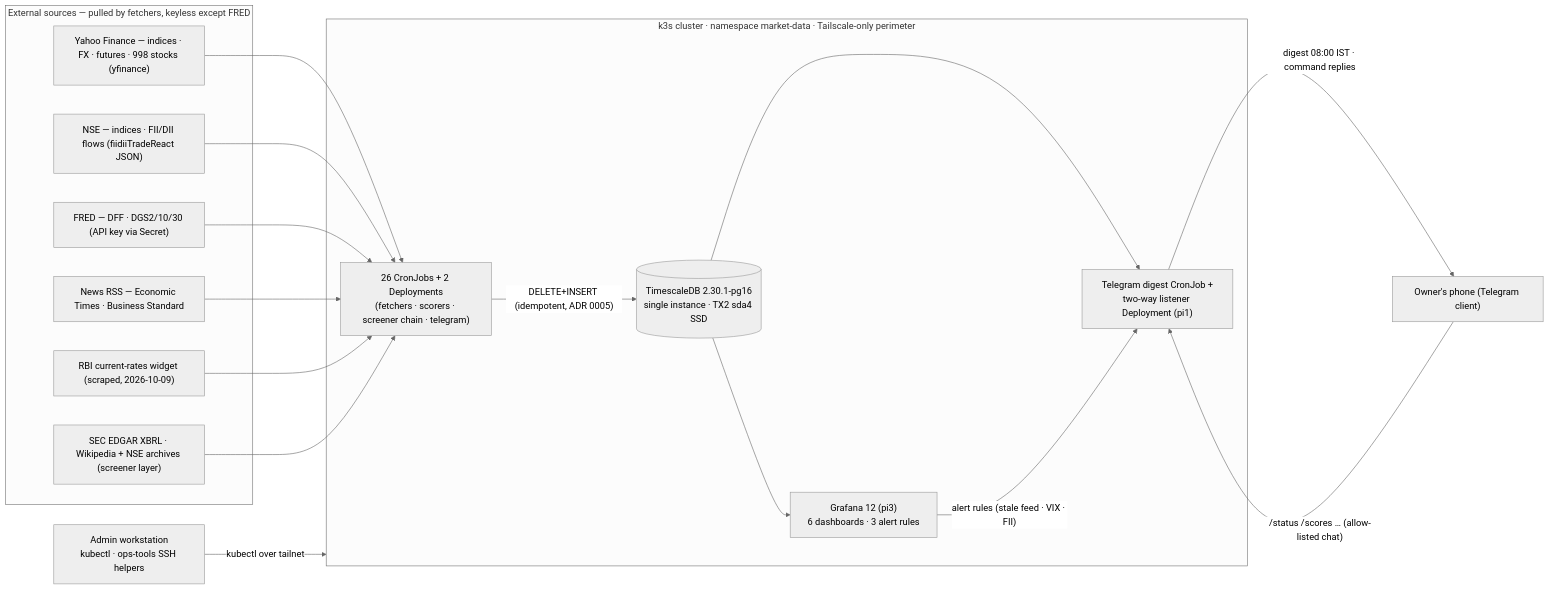
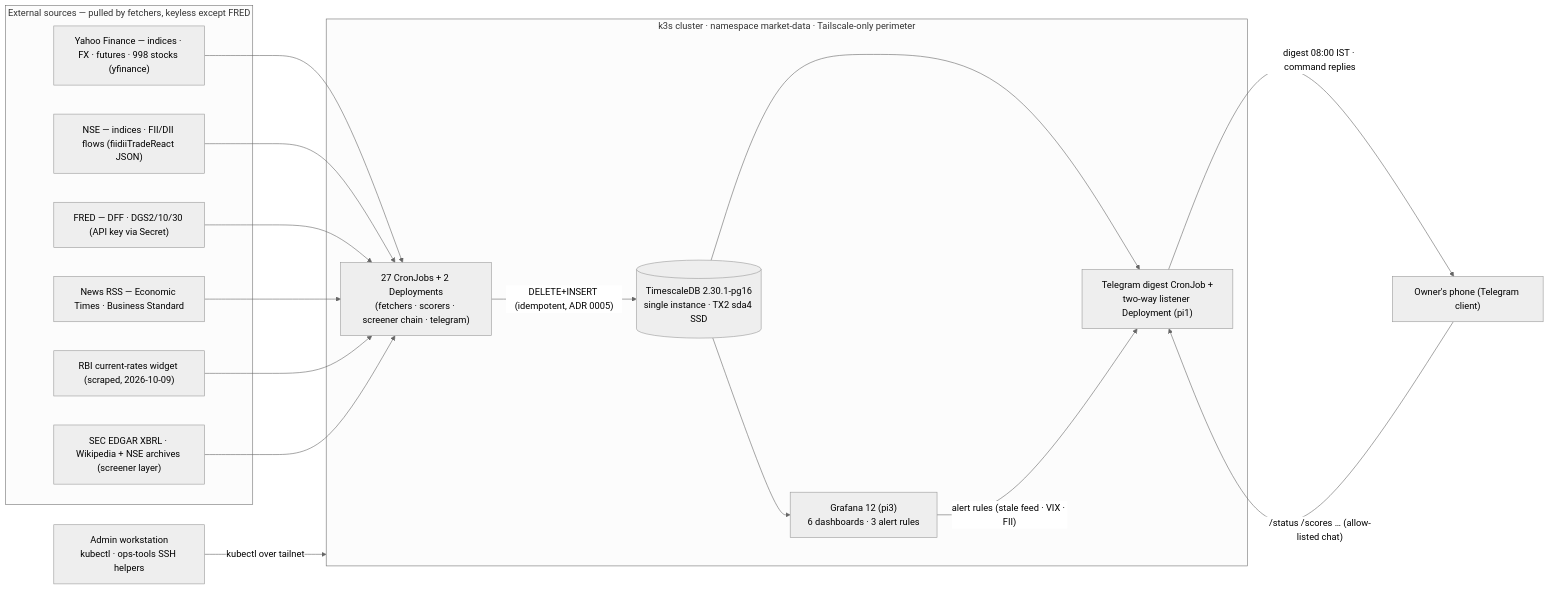
Before and after one commit to ahemanthyadav/-pi-market-pipeline: the first of 9 diagrams in docs/market-data-architecture.md, drawn with Mermaid (neutral theme). The commit also changed other lines of this file and 8 other files, not shown here.

````diff
--- a/docs/market-data-architecture.md
+++ b/docs/market-data-architecture.md
@@ -69,35 +69,35 @@
 ```mermaid
 flowchart LR
     subgraph EXT["External sources — pulled by fetchers, keyless except FRED"]
         YF["Yahoo Finance — indices · FX · futures · 998 stocks (yfinance)"]
         NSE["NSE — indices · FII/DII flows (fiidiiTradeReact JSON)"]
         FRED["FRED — DFF · DGS2/10/30 (API key via Secret)"]
         RSS["News RSS — Economic Times · Business Standard"]
         RBIW["RBI current-rates widget (scraped, 2026-10-09)"]
         EDGR["SEC EDGAR XBRL · Wikipedia + NSE archives (screener layer)"]
     end
 
     subgraph K8S["k3s cluster · namespace market-data · Tailscale-only perimeter"]
-        JOBS["26 CronJobs + 2 Deployments<br/>(fetchers · scorers · screener chain · telegram)"]
+        JOBS["27 CronJobs + 2 Deployments<br/>(fetchers · scorers · screener chain · telegram)"]
         TSDB[("TimescaleDB 2.30.1-pg16<br/>single instance · TX2 sda4 SSD")]
         GRAF["Grafana 12 (pi3)<br/>6 dashboards · 3 alert rules"]
         TGB["Telegram digest CronJob +<br/>two-way listener Deployment (pi1)"]
     end
 
     ADMIN["Admin workstation<br/>kubectl · ops-tools SSH helpers"]
     PHONE["Owner's phone (Telegram client)"]
 
     YF --> JOBS
     NSE --> JOBS
     FRED --> JOBS
     RSS --> JOBS
     RBIW --> JOBS
     EDGR --> JOBS
     JOBS -- "DELETE+INSERT (idempotent, ADR 0005)" --> TSDB
     TSDB --> GRAF
     TSDB --> TGB
     GRAF -- "alert rules (stale feed · VIX · FII)" --> TGB
     TGB -- "digest 08:00 IST · command replies" --> PHONE
     PHONE -- "/status /scores … (allow-listed chat)" --> TGB
     ADMIN -- "kubectl over tailnet" --> K8S
 ```
````
